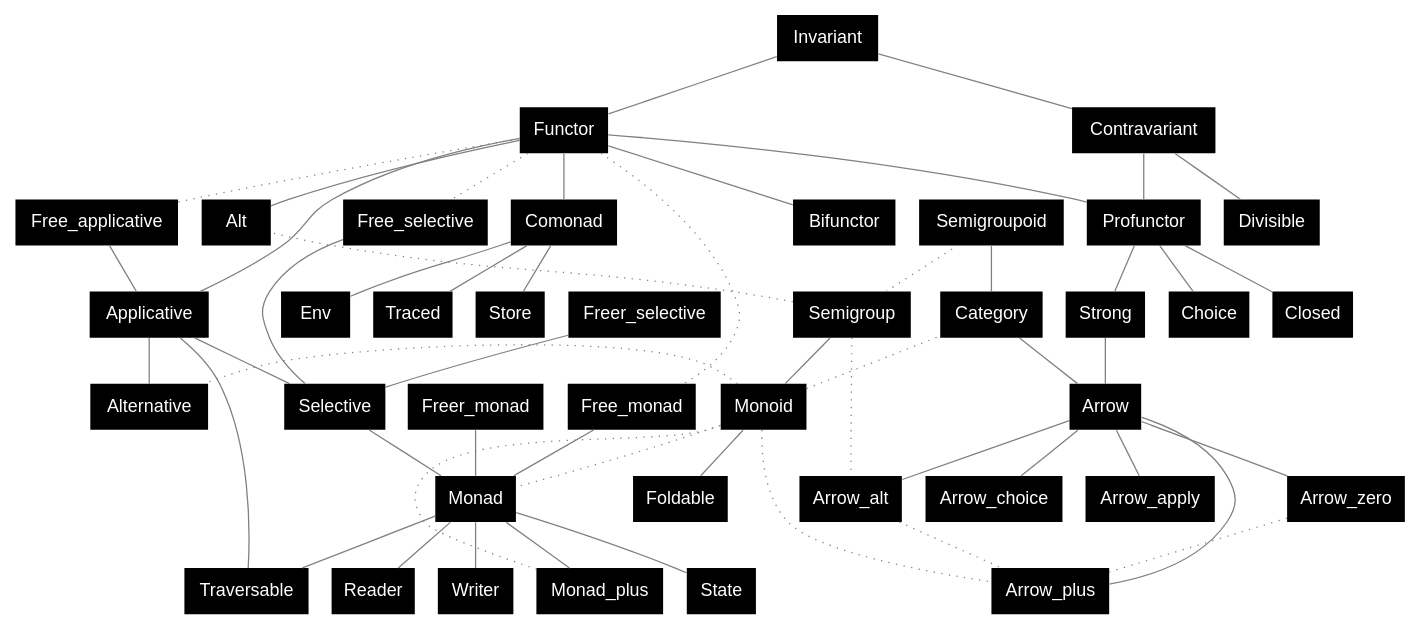
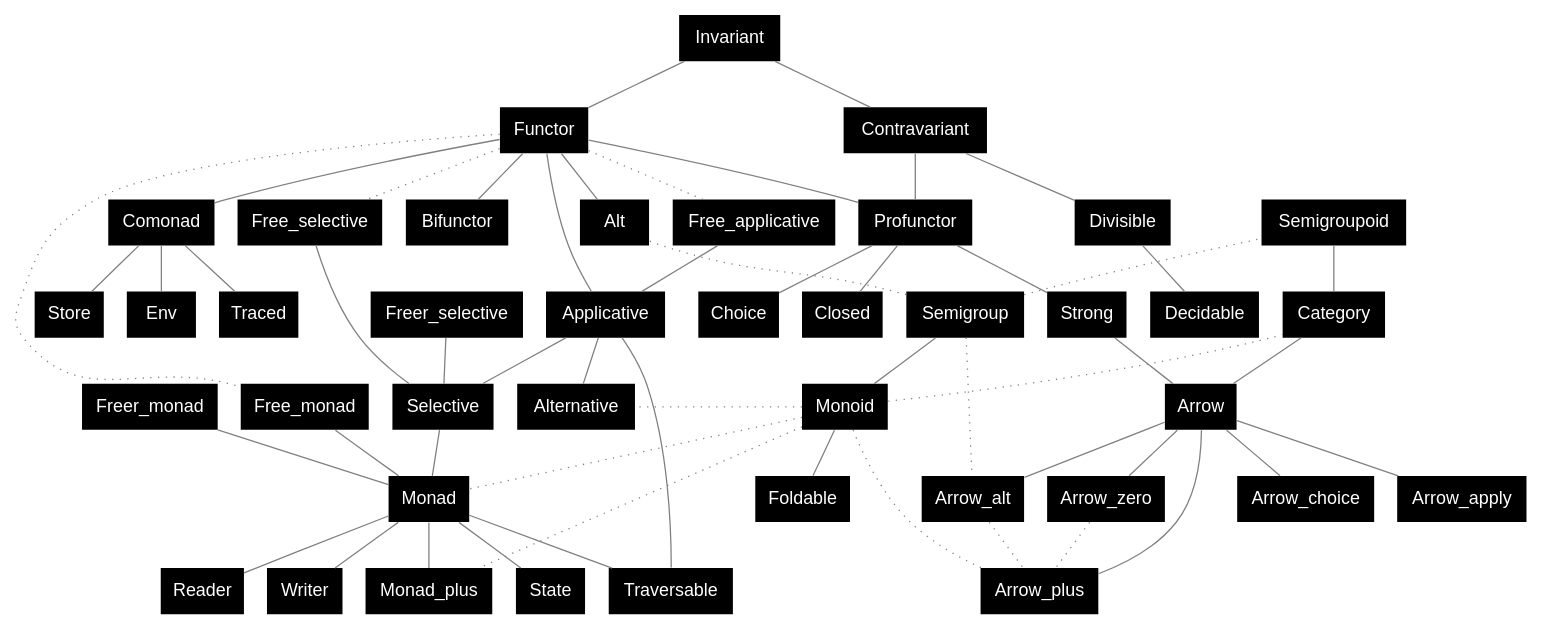
The diagram in .github/dot/specs.dot (xvw/preface), drawn with Graphviz before and after one commit. The commit also changed 9 other files, not shown here.

```diff
--- a/.github/dot/specs.dot
+++ b/.github/dot/specs.dot
@@ -1,69 +1,70 @@
 graph {
         node [shape=plaintext; fontname = "Helvetica"; style=filled; fillcolor=black; fontcolor=white];
         edge [color = gray];
 
         Invariant;
         Invariant -- Functor;
         Invariant -- Contravariant;
         Contravariant;
         Divisible;
+        Decidable;
         Functor -- Applicative -- Selective --  Monad;
         Applicative -- Alternative;
         Monad -- Monad_plus;
         Functor -- Alt;
         Functor -- Comonad;
         
         Semigroup -- Monoid;
         Monoid -- Alternative [style=dotted; arrowhead=none; constraint=false];
         Monoid -- Monad_plus [style=dotted; arrowhead=none; constraint=false];
         Semigroup -- Alt [style=dotted; arrowhead=none; constraint=false];
         Monoid -- Monad [style=dotted; arrowhead=none];
         Monoid -- Foldable;
 
         Functor -- Free_selective [style=dotted; arrowhead=none];
         Functor -- Free_applicative [style=dotted; arrowhead=none];
         Functor -- Free_monad [style=dotted; arrowhead=none];
         
         Free_selective -- Selective;
         Freer_selective -- Selective;
         Free_applicative -- Applicative;
         Free_monad -- Monad;
         Freer_monad -- Monad;
 
         Profunctor;
         Bifunctor;
 
-        Contravariant -- Divisible;
+        Contravariant -- Divisible -- Decidable;
         Contravariant -- Profunctor;
         Functor -- Profunctor;
         Functor -- Bifunctor;
 
         Monad --State;
         Monad -- Reader;
         Monad -- Writer;
 
         Comonad -- Store;
         Comonad -- Env;
         Comonad -- Traced;
 
         Applicative -- Traversable;
         Monad -- Traversable;
 
         Semigroup -- Semigroupoid [style=dotted; arrowhead=none; constraint=false];
         Monoid -- Category [style=dotted; arrowhead=none; constraint=false];
         Semigroupoid -- Category
         Category -- Arrow;
         Profunctor -- Strong;
         Profunctor -- Choice;
         Profunctor -- Closed;
         Strong -- Arrow;
         Arrow -- Arrow_zero;
         Arrow -- Arrow_alt;
         Arrow -- Arrow_plus;
         Arrow -- Arrow_choice;
         Arrow -- Arrow_apply;
         Arrow_zero -- Arrow_plus [style=dotted; arrowhead=none];
         Arrow_alt -- Arrow_plus [style=dotted; arrowhead=none];
         Monoid -- Arrow_plus [style=dotted; arrowhead=none];
         Semigroup -- Arrow_alt [style=dotted; arrowhead=none];
 }
```
